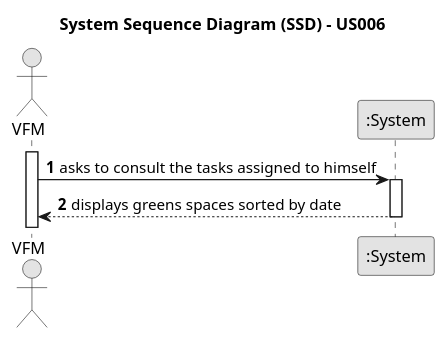
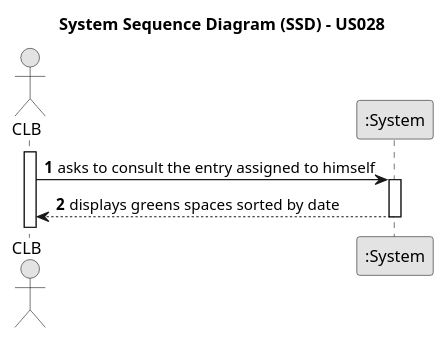
One commit to ricardomm7/leaflink changed the diagram in docs/sprintC/us028/01.requirements-engineering/puml/us028-system-sequence-diagram-alternative-one.puml. Above: the diagram before and after it, drawn with PlantUML. The commit also changed 5 other files, not shown here.

```diff
--- a/docs/sprintC/us028/01.requirements-engineering/puml/us028-system-sequence-diagram-alternative-one.puml
+++ b/docs/sprintC/us028/01.requirements-engineering/puml/us028-system-sequence-diagram-alternative-one.puml
@@ -1,20 +1,20 @@
 @startuml
 skinparam monochrome true
 skinparam packageStyle rectangle
 skinparam shadowing false
 
-title System Sequence Diagram (SSD) - US006
+title System Sequence Diagram (SSD) - US028
 
 autonumber
 
-actor "VFM" as VFM
+actor "CLB" as CLB
 participant ":System" as System
 
-activate VFM
+activate CLB
 
-    VFM -> System : asks to consult the tasks assigned to himself
+    CLB -> System : asks to consult the entry assigned to himself
     activate System
 
-        System --> VFM : displays greens spaces sorted by date
+        System --> CLB : displays greens spaces sorted by date
     deactivate System
 @enduml
```
